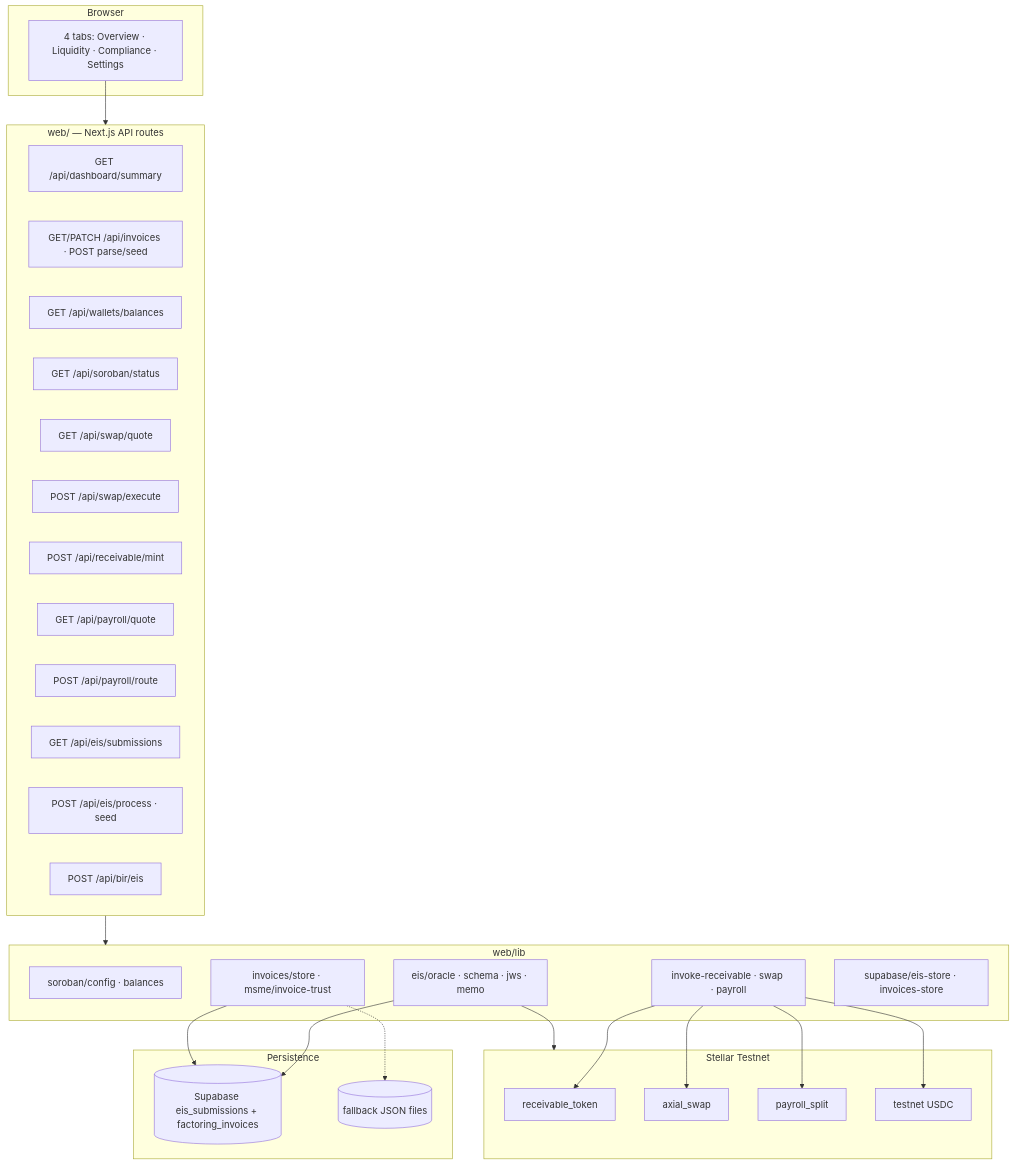
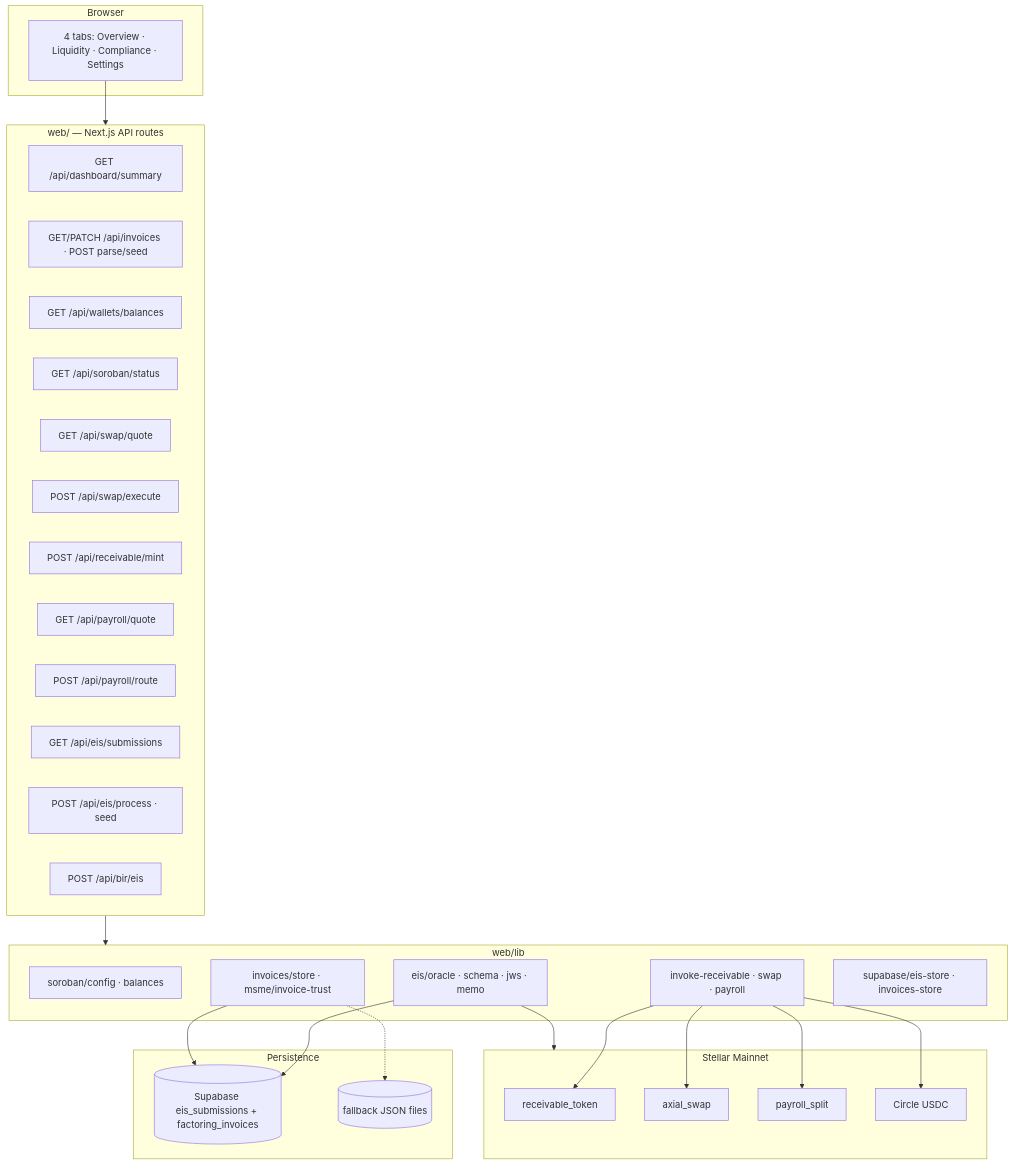
Before and after one commit to Axon-Enjin/axial: the fifth of 8 diagrams in docs/flow.md, drawn with Mermaid. The commit also changed other lines of this file and 15 other files, not shown here.

````diff
--- a/docs/flow.md
+++ b/docs/flow.md
@@ -195,49 +195,49 @@
 ```mermaid
 flowchart TB
   subgraph client [Browser]
     TABS["4 tabs: Overview · Liquidity · Compliance · Settings"]
   end
 
   subgraph next [web/ — Next.js API routes]
     D0["GET /api/dashboard/summary"]
     I1["GET/PATCH /api/invoices · POST parse/seed"]
     W1["GET /api/wallets/balances"]
     S1["GET /api/soroban/status"]
     S2["GET /api/swap/quote"]
     S3["POST /api/swap/execute"]
     S4["POST /api/receivable/mint"]
     S5["GET /api/payroll/quote"]
     S6["POST /api/payroll/route"]
     S7["GET /api/eis/submissions"]
     S8["POST /api/eis/process · seed"]
     S9["POST /api/bir/eis"]
   end
 
   subgraph libs [web/lib]
     CFG["soroban/config · balances"]
     INV["invoices/store · msme/invoice-trust"]
     CHAIN["invoke-receivable · swap · payroll"]
     EIS["eis/oracle · schema · jws · memo"]
     SB["supabase/eis-store · invoices-store"]
   end
 
-  subgraph chain [Stellar Testnet]
+  subgraph chain [Stellar Mainnet]
     RT["receivable_token"]
     AS["axial_swap"]
     PS["payroll_split"]
-    USDC["testnet USDC"]
+    USDC["Circle USDC"]
   end
 
   subgraph data [Persistence]
     PG[("Supabase eis_submissions + factoring_invoices")]
     FILE[("fallback JSON files")]
   end
 
   TABS --> next
   next --> libs
   CHAIN --> RT & AS & PS & USDC
   EIS --> PG
   INV --> PG
   INV -.-> FILE
   EIS --> chain
 ```
````
